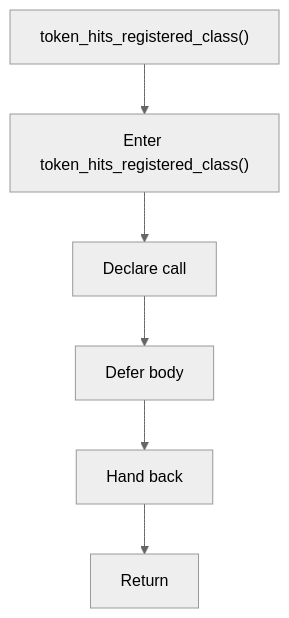
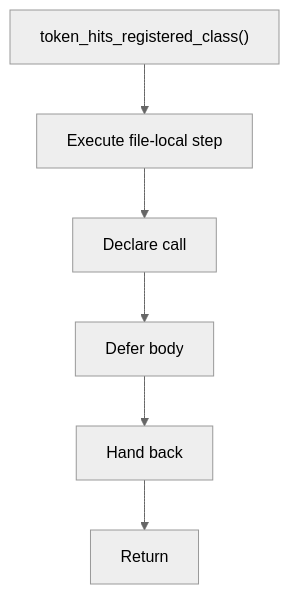
Before and after one commit to JohnAndrewBalbarosa/NeoTerritory: the diagram in docs/Codebase/Microservice/Modules/Header/SyntacticBrokenAST/Trees/Actual/Internal/Flow/functions/token_hits_registered_class.hpp.md, drawn with Mermaid (neutral theme). The commit also changed other lines of this file and 915 other files, not shown here.

````diff
--- a/docs/Codebase/Microservice/Modules/Header/SyntacticBrokenAST/Trees/Actual/Internal/Flow/functions/token_hits_registered_class.hpp.md
+++ b/docs/Codebase/Microservice/Modules/Header/SyntacticBrokenAST/Trees/Actual/Internal/Flow/functions/token_hits_registered_class.hpp.md
@@ -16,14 +16,14 @@
 ```mermaid
 flowchart TD
     Start["token_hits_registered_class()"]
-    N0["Enter token_hits_registered_class()"]
+    N0["Execute file-local step"]
     N1["Declare call"]
     N2["Defer body"]
     N3["Hand back"]
     End["Return"]
     Start --> N0
     N0 --> N1
     N1 --> N2
     N2 --> N3
     N3 --> End
 ```
````
